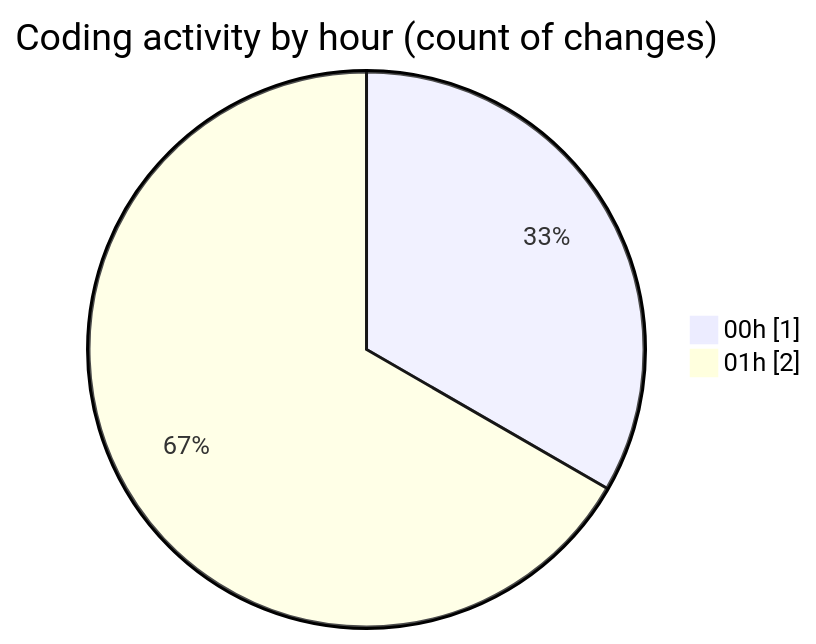
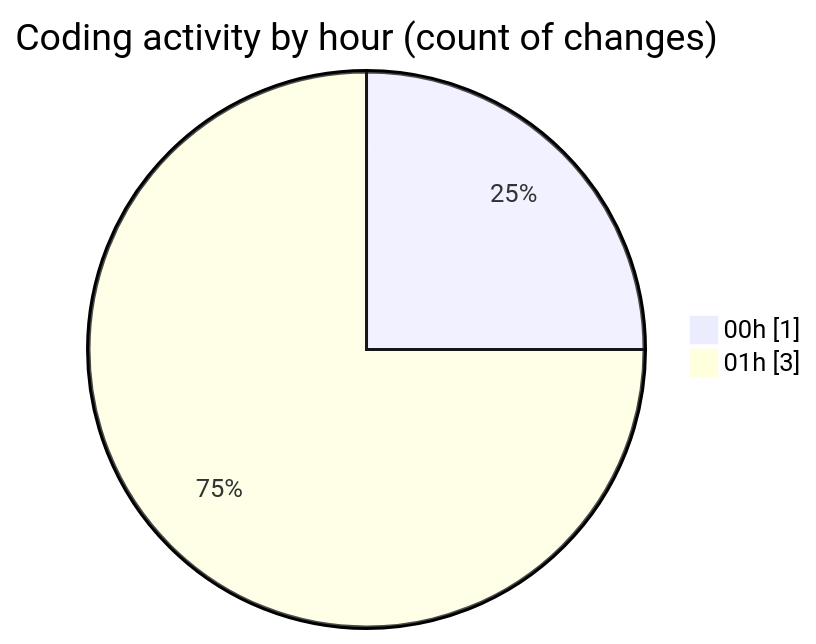
The second of 2 diagrams in 2025-05-01/niten/README.md (Elitesun/code-tracking), drawn with Mermaid before and after one commit. The commit also changed other lines of this file and 1 other file, not shown here.

````diff
--- a/2025-05-01/niten/README.md
+++ b/2025-05-01/niten/README.md
@@ -30,6 +30,6 @@
 ```mermaid
 pie showData
 title Coding activity by hour (count of changes)
 "00h" : 1
-"01h" : 2
+"01h" : 3
 ```
````
